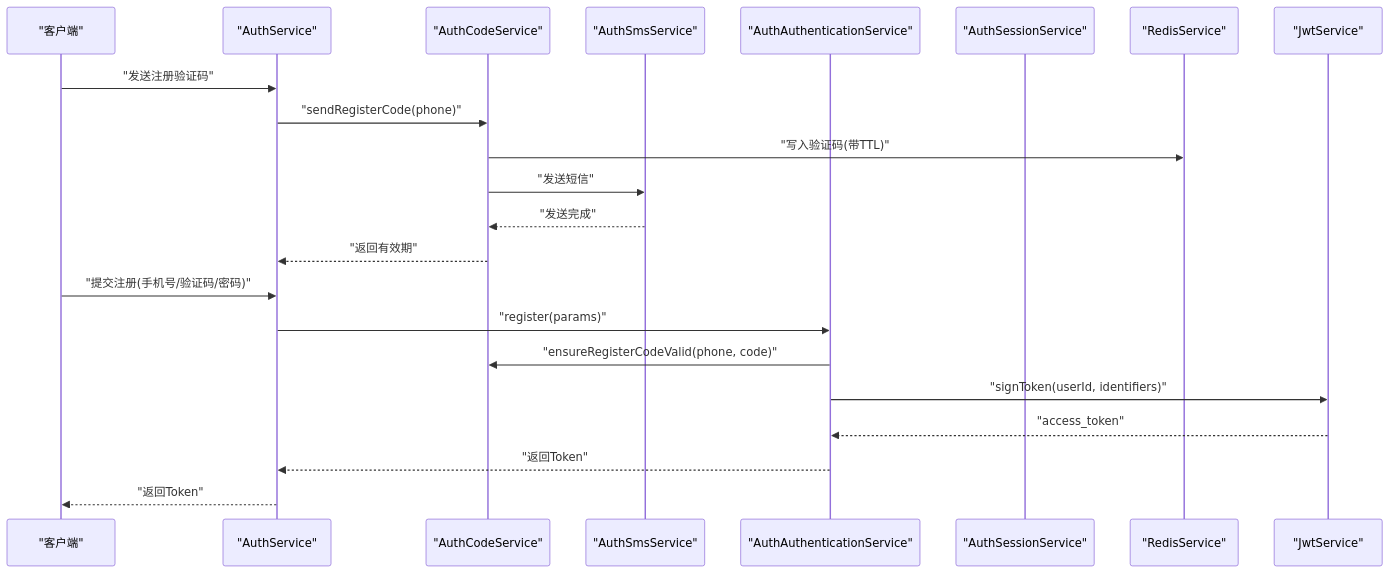
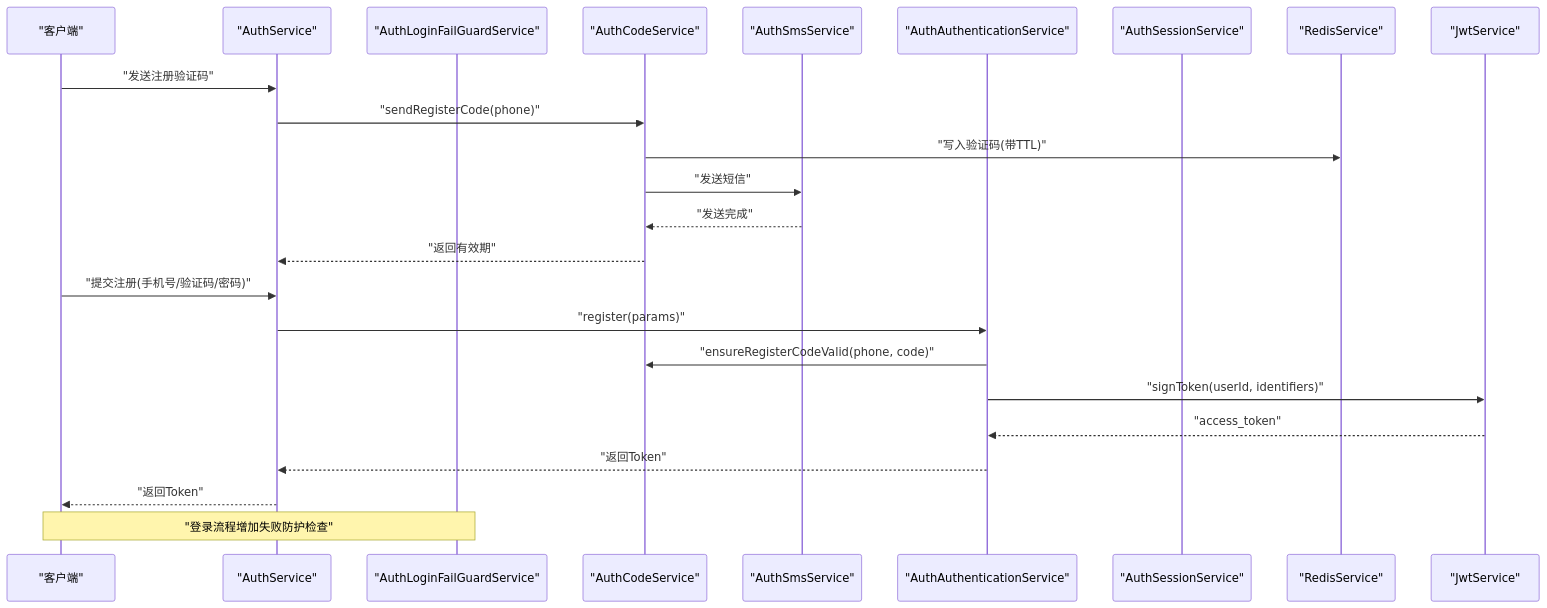
Before and after one commit to rc558620/purelyprofit-server: the second of 8 diagrams in .qoder/repowiki/zh/content/认证授权系统/安全最佳实践.md, drawn with Mermaid. The commit also changed other lines of this file and 164 other files, not shown here.

````diff
--- a/.qoder/repowiki/zh/content/认证授权系统/安全最佳实践.md
+++ b/.qoder/repowiki/zh/content/认证授权系统/安全最佳实践.md
@@ -122,24 +142,26 @@
 ```mermaid
 sequenceDiagram
 participant C as "客户端"
 participant S as "AuthService"
+participant LFGS as "AuthLoginFailGuardService"
 participant AC as "AuthCodeService"
 participant SMS as "AuthSmsService"
 participant AS as "AuthAuthenticationService"
 participant SS as "AuthSessionService"
 participant R as "RedisService"
 participant J as "JwtService"
 C->>S : "发送注册验证码"
 S->>AC : "sendRegisterCode(phone)"
 AC->>R : "写入验证码(带TTL)"
 AC->>SMS : "发送短信"
 SMS-->>AC : "发送完成"
 AC-->>S : "返回有效期"
 C->>S : "提交注册(手机号/验证码/密码)"
 S->>AS : "register(params)"
 AS->>AC : "ensureRegisterCodeValid(phone, code)"
 AS->>J : "signToken(userId, identifiers)"
 J-->>AS : "access_token"
 AS-->>S : "返回Token"
 S-->>C : "返回Token"
+Note over C,LFGS : "登录流程增加失败防护检查"
 ```
````
